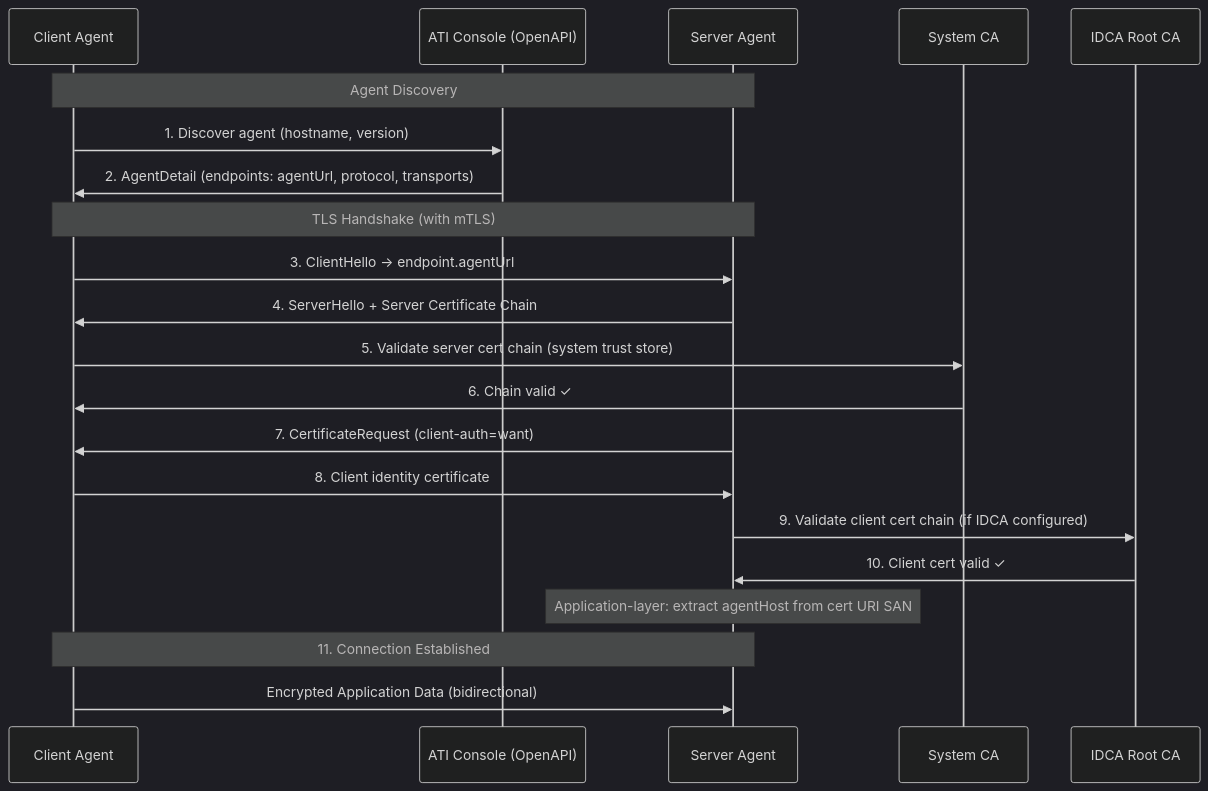
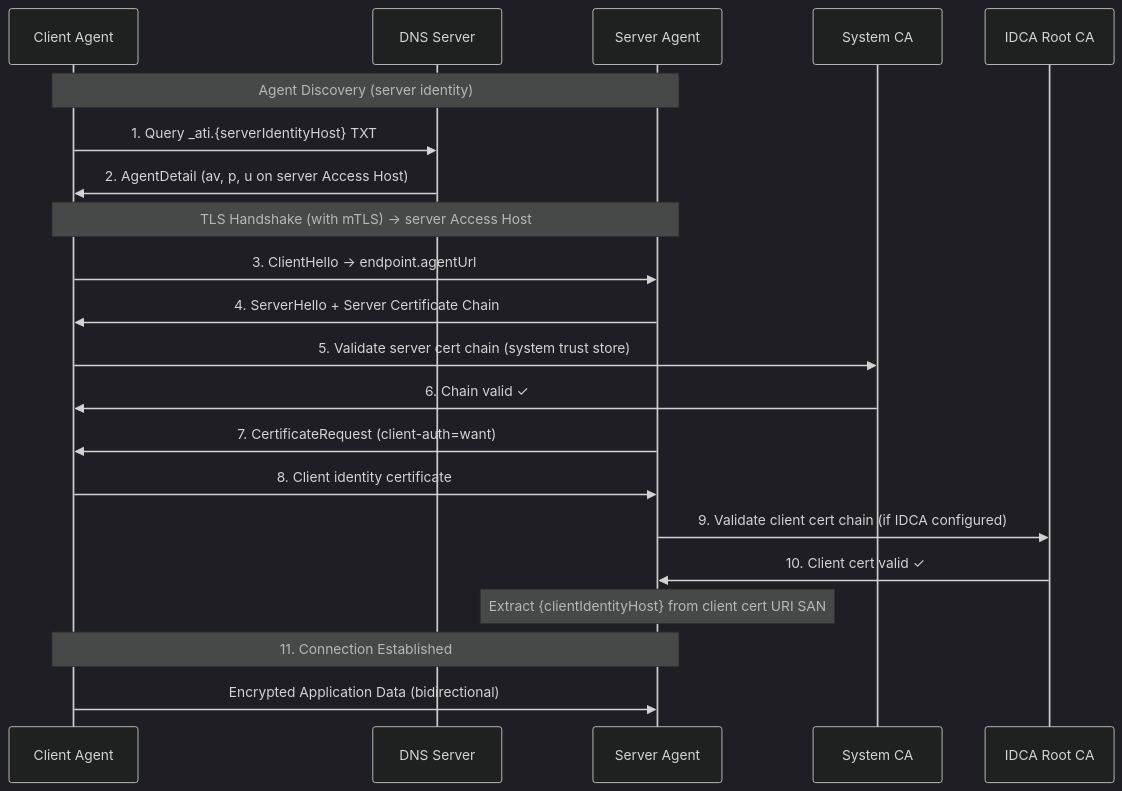
One commit to aliyun/ati-sdk-java changed the first of 3 diagrams in README.md. Above: the diagram before and after it, drawn with Mermaid (dark theme). The commit also changed other lines of this file and 26 other files, not shown here.

First line of the commit message:
feat: replace RA OpenAPI discovery with DNS TXT and dual-hostname connect

````diff
--- a/README.md
+++ b/README.md
@@ -28,26 +69,26 @@
 ```mermaid
 sequenceDiagram
     participant C as Client Agent
-    participant ATI as ATI Console (OpenAPI)
+    participant DNS as DNS Server
     participant S as Server Agent
     participant CA as System CA
     participant IDCA as IDCA Root CA
 
-    Note over C,S: Agent Discovery
-    C->>ATI: 1. Discover agent (hostname, version)
-    ATI->>C: 2. AgentDetail (endpoints: agentUrl, protocol, transports)
+    Note over C,S: Agent Discovery (server identity)
+    C->>DNS: 1. Query _ati.{serverIdentityHost} TXT
+    DNS->>C: 2. AgentDetail (av, p, u on server Access Host)
 
-    Note over C,S: TLS Handshake (with mTLS)
+    Note over C,S: TLS Handshake (with mTLS) → server Access Host
     C->>S: 3. ClientHello → endpoint.agentUrl
     S->>C: 4. ServerHello + Server Certificate Chain
     C->>CA: 5. Validate server cert chain (system trust store)
     CA->>C: 6. Chain valid ✓
     S->>C: 7. CertificateRequest (client-auth=want)
     C->>S: 8. Client identity certificate
     S->>IDCA: 9. Validate client cert chain (if IDCA configured)
     IDCA->>S: 10. Client cert valid ✓
 
-    Note over S: Application-layer: extract agentHost from cert URI SAN
+    Note over S: Extract {clientIdentityHost} from client cert URI SAN
     Note over C,S: 11. Connection Established
     C->>S: Encrypted Application Data (bidirectional)
 ```
````
